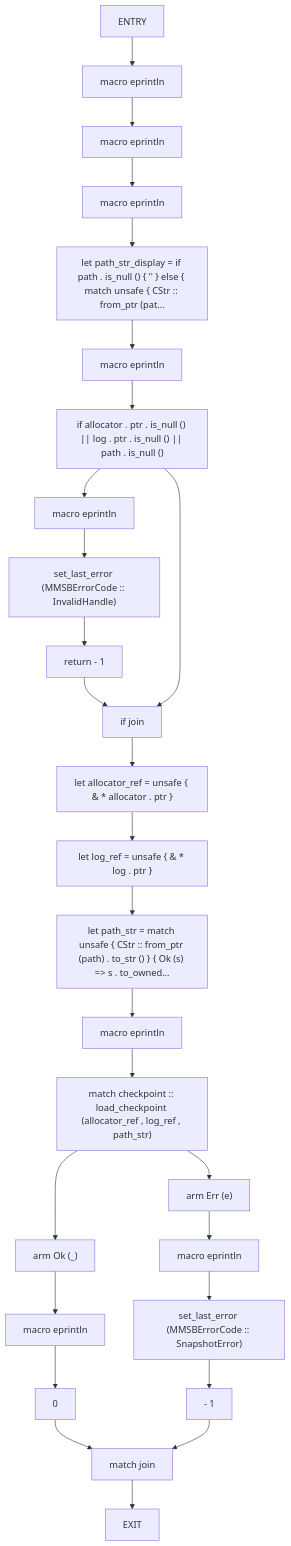
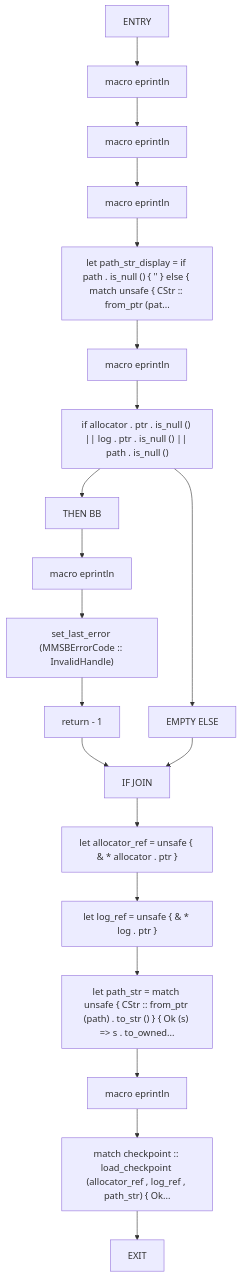
Before and after one commit to cicero-violate/MMSB: diagram 12 of 56 in docs/analysis/cfg/080-src-ffi_rs.md, drawn with Mermaid. The commit also changed other lines of this file and 865 other files, not shown here.

````diff
--- a/docs/analysis/cfg/080-src-ffi_rs.md
+++ b/docs/analysis/cfg/080-src-ffi_rs.md
@@ -356,54 +392,41 @@
 ```mermaid
 flowchart TD
     mmsb_checkpoint_load_0["ENTRY"]
     mmsb_checkpoint_load_1["macro eprintln"]
     mmsb_checkpoint_load_2["macro eprintln"]
     mmsb_checkpoint_load_3["macro eprintln"]
     mmsb_checkpoint_load_4["let path_str_display = if path . is_null () { '<null>' } else { match unsafe { CStr :: from_ptr (pat..."]
     mmsb_checkpoint_load_5["macro eprintln"]
     mmsb_checkpoint_load_6["if allocator . ptr . is_null () || log . ptr . is_null () || path . is_null ()"]
-    mmsb_checkpoint_load_7["macro eprintln"]
-    mmsb_checkpoint_load_8["set_last_error (MMSBErrorCode :: InvalidHandle)"]
-    mmsb_checkpoint_load_9["return - 1"]
-    mmsb_checkpoint_load_10["if join"]
-    mmsb_checkpoint_load_11["let allocator_ref = unsafe { & * allocator . ptr }"]
-    mmsb_checkpoint_load_12["let log_ref = unsafe { & * log . ptr }"]
-    mmsb_checkpoint_load_13["let path_str = match unsafe { CStr :: from_ptr (path) . to_str () } { Ok (s) => s . to_owned..."]
-    mmsb_checkpoint_load_14["macro eprintln"]
-    mmsb_checkpoint_load_15["match checkpoint :: load_checkpoint (allocator_ref , log_ref , path_str)"]
-    mmsb_checkpoint_load_16["arm Ok (_)"]
-    mmsb_checkpoint_load_17["macro eprintln"]
-    mmsb_checkpoint_load_18["0"]
-    mmsb_checkpoint_load_19["arm Err (e)"]
-    mmsb_checkpoint_load_20["macro eprintln"]
-    mmsb_checkpoint_load_21["set_last_error (MMSBErrorCode :: SnapshotError)"]
-    mmsb_checkpoint_load_22["- 1"]
-    mmsb_checkpoint_load_23["match join"]
-    mmsb_checkpoint_load_24["EXIT"]
+    mmsb_checkpoint_load_7["THEN BB"]
+    mmsb_checkpoint_load_8["macro eprintln"]
+    mmsb_checkpoint_load_9["set_last_error (MMSBErrorCode :: InvalidHandle)"]
+    mmsb_checkpoint_load_10["return - 1"]
+    mmsb_checkpoint_load_11["EMPTY ELSE"]
+    mmsb_checkpoint_load_12["IF JOIN"]
+    mmsb_checkpoint_load_13["let allocator_ref = unsafe { & * allocator . ptr }"]
+    mmsb_checkpoint_load_14["let log_ref = unsafe { & * log . ptr }"]
+    mmsb_checkpoint_load_15["let path_str = match unsafe { CStr :: from_ptr (path) . to_str () } { Ok (s) => s . to_owned..."]
+    mmsb_checkpoint_load_16["macro eprintln"]
+    mmsb_checkpoint_load_17["match checkpoint :: load_checkpoint (allocator_ref , log_ref , path_str) { Ok..."]
+    mmsb_checkpoint_load_18["EXIT"]
     mmsb_checkpoint_load_0 --> mmsb_checkpoint_load_1
     mmsb_checkpoint_load_1 --> mmsb_checkpoint_load_2
     mmsb_checkpoint_load_2 --> mmsb_checkpoint_load_3
     mmsb_checkpoint_load_3 --> mmsb_checkpoint_load_4
     mmsb_checkpoint_load_4 --> mmsb_checkpoint_load_5
     mmsb_checkpoint_load_5 --> mmsb_checkpoint_load_6
     mmsb_checkpoint_load_6 --> mmsb_checkpoint_load_7
     mmsb_checkpoint_load_7 --> mmsb_checkpoint_load_8
     mmsb_checkpoint_load_8 --> mmsb_checkpoint_load_9
     mmsb_checkpoint_load_9 --> mmsb_checkpoint_load_10
-    mmsb_checkpoint_load_6 --> mmsb_checkpoint_load_10
-    mmsb_checkpoint_load_10 --> mmsb_checkpoint_load_11
+    mmsb_checkpoint_load_6 --> mmsb_checkpoint_load_11
+    mmsb_checkpoint_load_10 --> mmsb_checkpoint_load_12
     mmsb_checkpoint_load_11 --> mmsb_checkpoint_load_12
     mmsb_checkpoint_load_12 --> mmsb_checkpoint_load_13
     mmsb_checkpoint_load_13 --> mmsb_checkpoint_load_14
     mmsb_checkpoint_load_14 --> mmsb_checkpoint_load_15
     mmsb_checkpoint_load_15 --> mmsb_checkpoint_load_16
     mmsb_checkpoint_load_16 --> mmsb_checkpoint_load_17
     mmsb_checkpoint_load_17 --> mmsb_checkpoint_load_18
-    mmsb_checkpoint_load_15 --> mmsb_checkpoint_load_19
-    mmsb_checkpoint_load_19 --> mmsb_checkpoint_load_20
-    mmsb_checkpoint_load_20 --> mmsb_checkpoint_load_21
-    mmsb_checkpoint_load_21 --> mmsb_checkpoint_load_22
-    mmsb_checkpoint_load_18 --> mmsb_checkpoint_load_23
-    mmsb_checkpoint_load_22 --> mmsb_checkpoint_load_23
-    mmsb_checkpoint_load_23 --> mmsb_checkpoint_load_24
 ```
````
